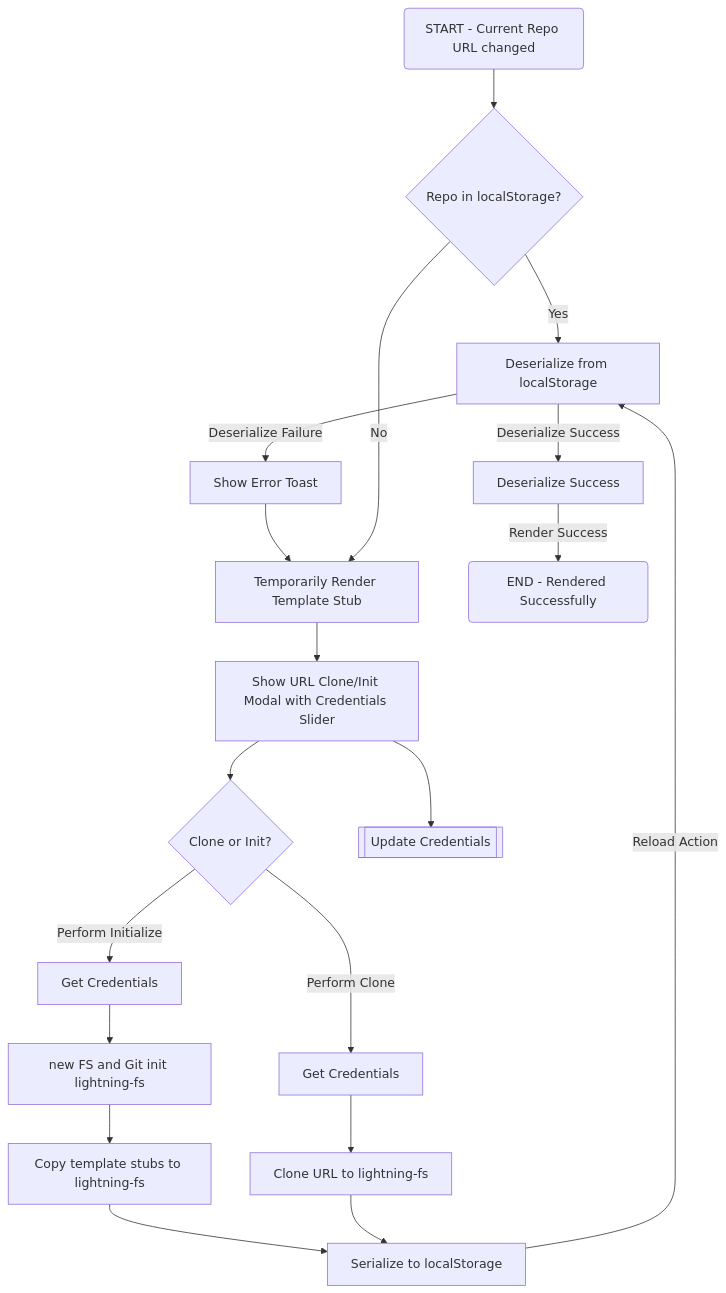
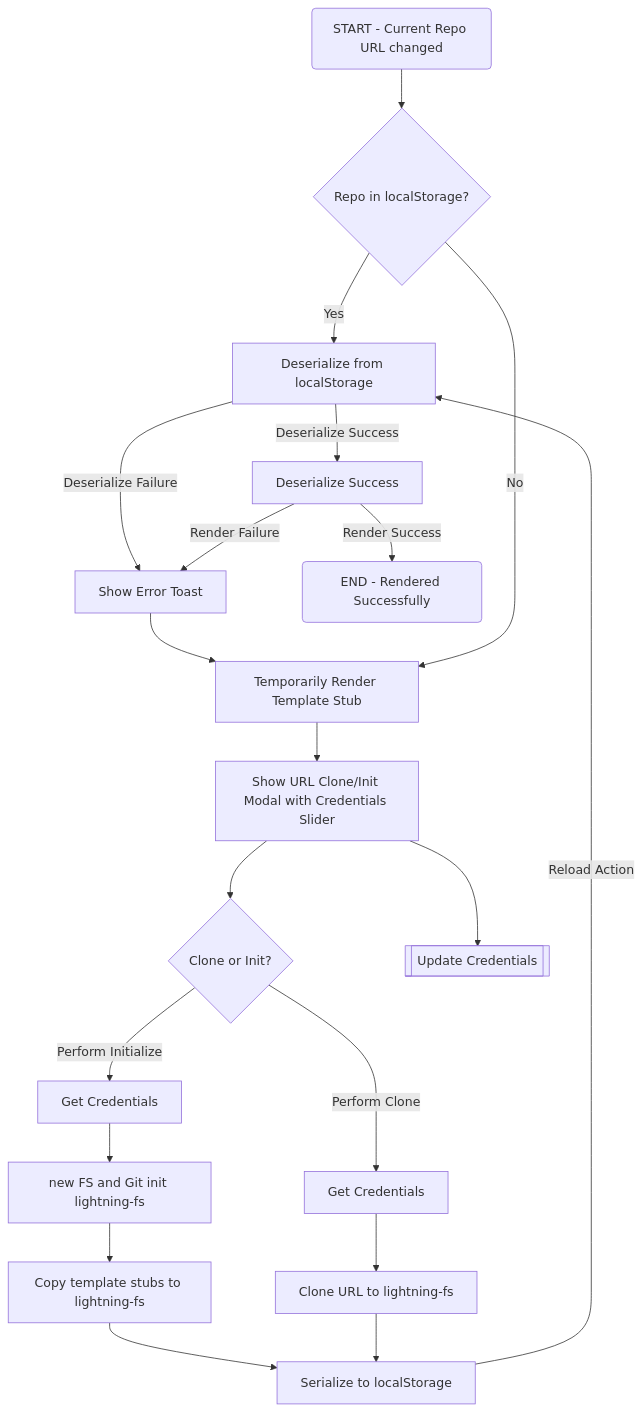
Before and after one commit to sengac/gitfeatures-spec: the diagram in t4rD77Dy-co_tSRwiscVs.md, drawn with Mermaid.

Commit message:
more fixes

````diff
--- a/t4rD77Dy-co_tSRwiscVs.md
+++ b/t4rD77Dy-co_tSRwiscVs.md
@@ -10,21 +10,22 @@
 ```mermaid
 graph TD
     A(START - Current Repo URL changed) --> B{Repo in localStorage?}
     B -->|Yes| deserialize[Deserialize from localStorage]
     deserialize -->|Deserialize Success| deserializeSuccess[Deserialize Success]
     deserialize -->|Deserialize Failure| errorToast[Show Error Toast]
     errorToast --> temporarilyRenderStub
     deserializeSuccess -->|Render Success| renderSuccess(END - Rendered Successfully)
+    deserializeSuccess -->|Render Failure| errorToast
     B -->|No| temporarilyRenderStub[Temporarily Render Template Stub]
     temporarilyRenderStub --> E[Show Init/Clone Modal]
     E[Show URL Clone/Init Modal with Credentials Slider] --> F{Clone or Init?}
     E --> updateCredentials[[Update Credentials]]
     F -->|Perform Clone| G[Get Credentials]
     F -->|Perform Initialize| H[Get Credentials]
     H --> git-init[new FS and Git init lightning-fs]
     git-init --> copy-stub[Copy template stubs to lightning-fs]
     copy-stub --> serialize[Serialize to localStorage]
     G --> I[Clone URL to lightning-fs]
     I --> serialize
     serialize --> |Reload Action| deserialize
 ```
````
